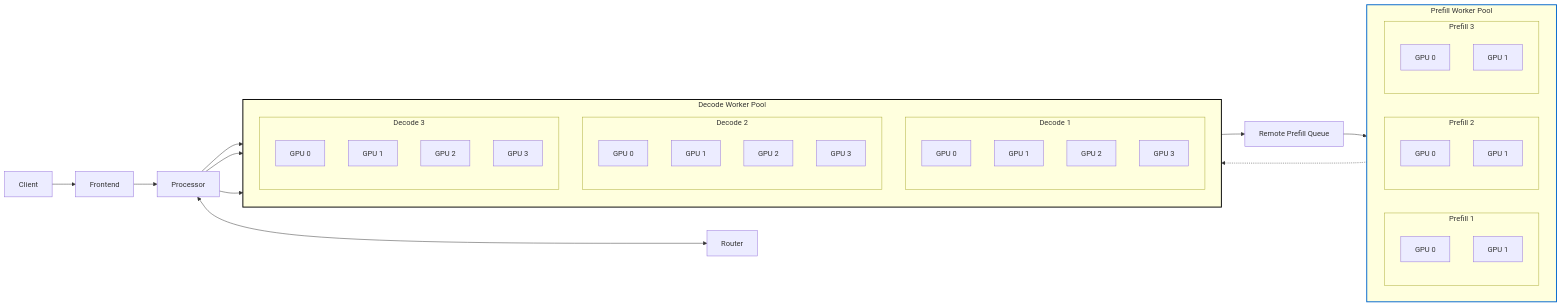
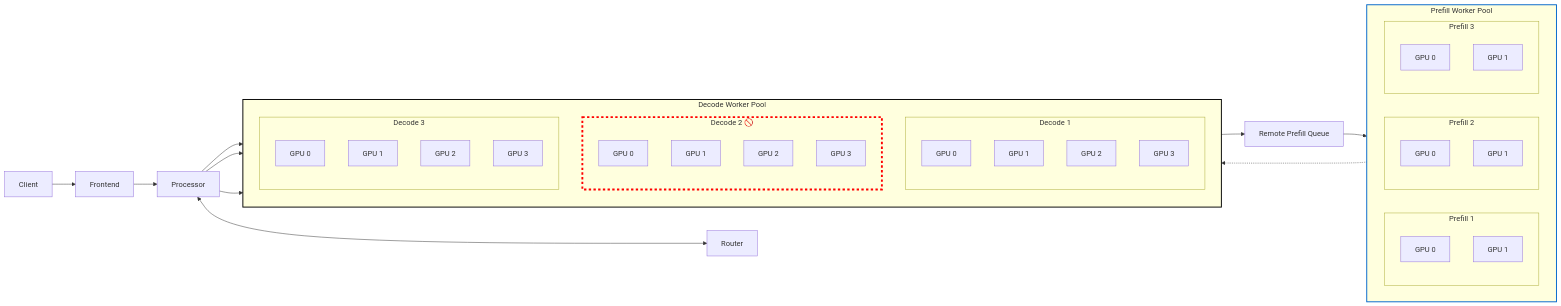
The diagram in deps/NNNN-fault-tolerance.md (ai-dynamo/enhancements), drawn with Mermaid before and after one commit. The commit also changed other lines of this file, not shown here.

````diff
--- a/deps/NNNN-fault-tolerance.md
+++ b/deps/NNNN-fault-tolerance.md
@@ -238,73 +240,74 @@
 ```mermaid
 graph LR
     Client["Client"]
     Frontend["Frontend"]
     Router["Router"]
     Processor["Processor"]
     PrefillQueue["Remote Prefill Queue"]
 
     Client --> Frontend
     Frontend --> Processor
     Processor <--> Router
 
     %% Prefill Worker Pool (horizontal layout)
     subgraph PrefillPool["Prefill Worker Pool"]
         direction LR
         subgraph Prefill1["Prefill 1"]
             direction TB
             P1GPU0["GPU 0"]
             P1GPU1["GPU 1"]
         end
         subgraph Prefill2["Prefill 2"]
             direction TB
             P2GPU0["GPU 0"]
             P2GPU1["GPU 1"]
         end
         subgraph Prefill3["Prefill 3"]
             direction TB
             P3GPU0["GPU 0"]
             P3GPU1["GPU 1"]
         end
     end
 
     %% Decode Worker Pool (vertical layout)
     subgraph DecodePool["Decode Worker Pool"]
         direction TB
         subgraph Decode1["Decode 1"]
             direction TB
             D1GPU0["GPU 0"]
             D1GPU1["GPU 1"]
             D1GPU2["GPU 2"]
             D1GPU3["GPU 3"]
         end
-        subgraph Decode2["Decode 2"]
+        subgraph Decode2["Decode 2 🚫"]
             direction TB
             D2GPU0["GPU 0"]
             D2GPU1["GPU 1"]
             D2GPU2["GPU 2"]
             D2GPU3["GPU 3"]
         end
         subgraph Decode3["Decode 3"]
             direction TB
             D3GPU0["GPU 0"]
             D3GPU1["GPU 1"]
             D3GPU2["GPU 2"]
             D3GPU3["GPU 3"]
         end
     end
 
     %% Connections
     Processor --> Decode1
     Processor --> Decode2
 	Processor --> Decode3
 	
 
 	PrefillQueue --> PrefillPool
     DecodePool --> PrefillQueue
     PrefillPool -.-> DecodePool
 	
 
     %% Styling
     style PrefillPool stroke:#0066cc,stroke-width:2px
     style DecodePool stroke:#000,stroke-width:2px
+	style Decode2 stroke:#ff0000,stroke-width:4px,stroke-dasharray:5
 ```
````
